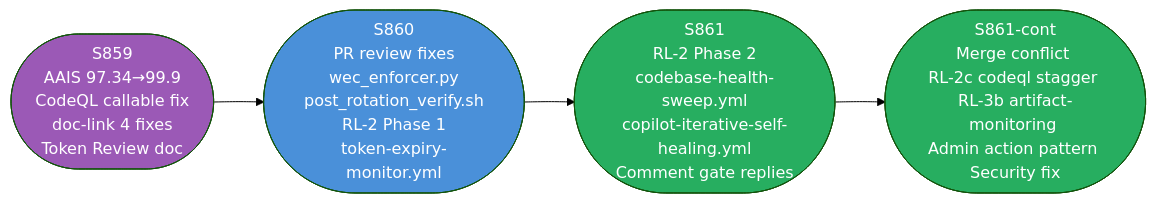
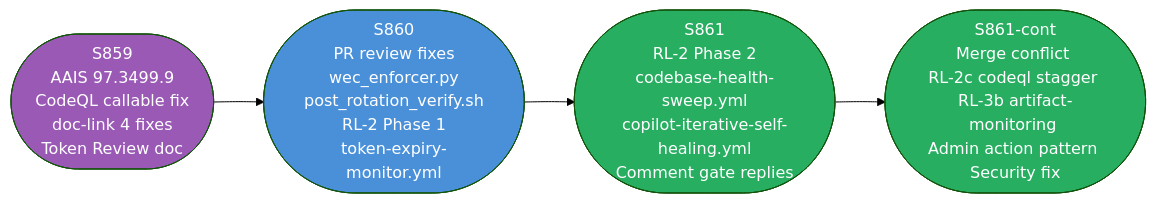
Before and after one commit to Aries-Serpent/_codex_: the ninth of 26 diagrams in docs/sessions/PR4346_session_diagram.md, drawn with Mermaid (forest theme). The commit also changed other lines of this file and 4117 other files, not shown here.

````diff
--- a/docs/sessions/PR4346_session_diagram.md
+++ b/docs/sessions/PR4346_session_diagram.md
@@ -251,13 +273,17 @@
 ```mermaid
-%%{init: {'accessibility': {'title': 'Flowchart showing "S859\nAAIS 97.34→99.9\nCodeQL callable fix\ndoc-link 4 fixes\nToken Review doc", "S860\nPR review fixes\nwec_enforcer.py\npost_rotation_verify.sh\nRL-2 Phase 1\ntoken-expiry-monitor.yml"'}}%%
+%%{init: {'accessibility': {'title': 'Flowchart showing "S859\nAAIS 97.3499.9\nCodeQL callable fix\ndoc-link 4 fixes\nToken Review doc", "S860\nPR review fixes\nwec_enforcer.py\npost_rotation_verify.sh\nRL-2 Phase 1\ntoken-expiry-monitor.yml"'}}%%
+
 flowchart LR
-    S859(["S859\nAAIS 97.34→99.9\nCodeQL callable fix\ndoc-link 4 fixes\nToken Review doc"]) --> S860
-    S860(["S860\nPR review fixes\nwec_enforcer.py\npost_rotation_verify.sh\nRL-2 Phase 1\ntoken-expiry-monitor.yml"]) --> S861
-    S861(["S861\nRL-2 Phase 2\ncodebase-health-sweep.yml\ncopilot-iterative-self-healing.yml\nComment gate replies"]) --> S861C
-    S861C(["S861-cont\nMerge conflict \nRL-2c codeql stagger \nRL-3b artifact-monitoring \nAdmin action pattern \nSecurity fix "])
 
-    style S859 fill:#9b59b6,color:#fff
-    style S860 fill:#4a90d9,color:#fff
-    style S861 fill:#27ae60,color:#fff
-    style S861C fill:#27ae60,color:#fff
+ S859(["S859\nAAIS 97.3499.9\nCodeQL callable fix\ndoc-link 4 fixes\nToken Review doc"]) --> S860
+
+ S860(["S860\nPR review fixes\nwec_enforcer.py\npost_rotation_verify.sh\nRL-2 Phase 1\ntoken-expiry-monitor.yml"]) --> S861
+
+ S861(["S861\nRL-2 Phase 2\ncodebase-health-sweep.yml\ncopilot-iterative-self-healing.yml\nComment gate replies"]) --> S861C
+ S861C(["S861-cont\nMerge conflict \nRL-2c codeql stagger \nRL-3b artifact-monitoring \nAdmin action pattern \nSecurity fix "])
+
+ style S859 fill:#9b59b6,color:#fff
+ style S860 fill:#4a90d9,color:#fff
+ style S861 fill:#27ae60,color:#fff
+ style S861C fill:#27ae60,color:#fff
 ```
````
